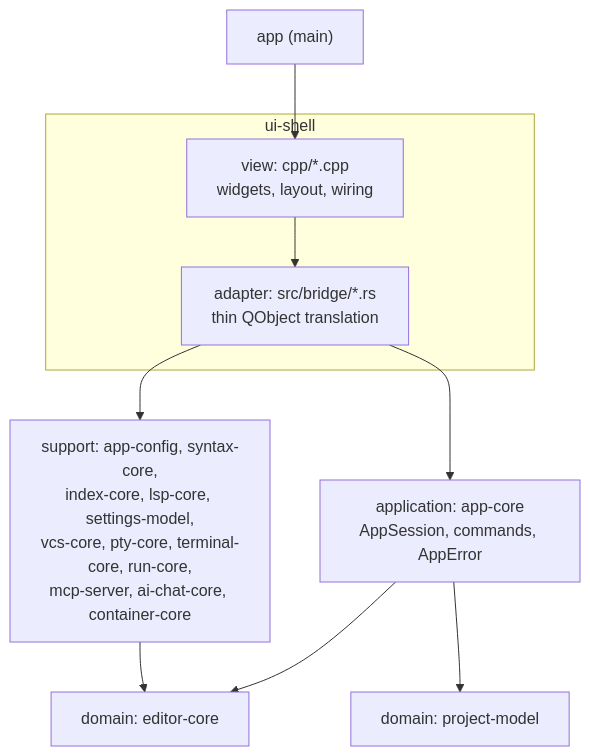
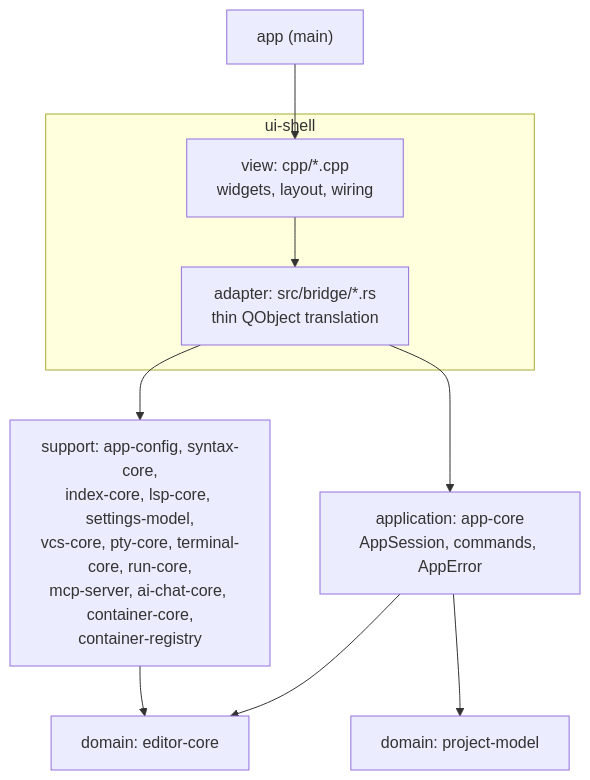
The diagram in docs/architecture/overview.md (floriankraemer/kestrel-ide), drawn with Mermaid before and after one commit. The commit also changed other lines of this file and 15 other files, not shown here.

First line of the commit message:
refactor(container-registry): move the Docker Hub client out of container-core

````diff
--- a/docs/architecture/overview.md
+++ b/docs/architecture/overview.md
@@ -29,12 +29,12 @@
 ```mermaid
 graph TB
     app["app (main)"] --> view
     subgraph uishell["ui-shell"]
         view["view: cpp/*.cpp<br/>widgets, layout, wiring"] --> adapter["adapter: src/bridge/*.rs<br/>thin QObject translation"]
     end
     adapter --> appcore["application: app-core<br/>AppSession, commands, AppError"]
-    adapter --> support["support: app-config, syntax-core,<br/>index-core, lsp-core, settings-model,<br/>vcs-core, pty-core, terminal-core, run-core,<br/>mcp-server, ai-chat-core, container-core"]
+    adapter --> support["support: app-config, syntax-core,<br/>index-core, lsp-core, settings-model,<br/>vcs-core, pty-core, terminal-core, run-core,<br/>mcp-server, ai-chat-core, container-core,<br/>container-registry"]
     appcore --> editorcore["domain: editor-core"]
     appcore --> projectmodel["domain: project-model"]
     support --> editorcore
 ```
````
